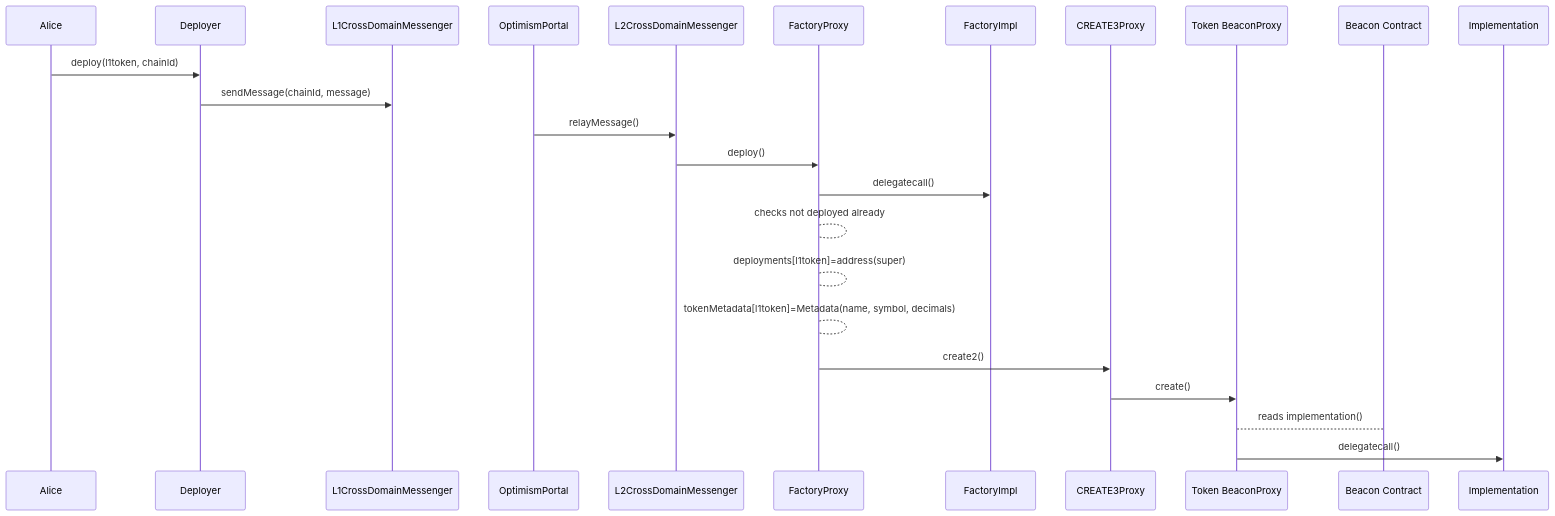
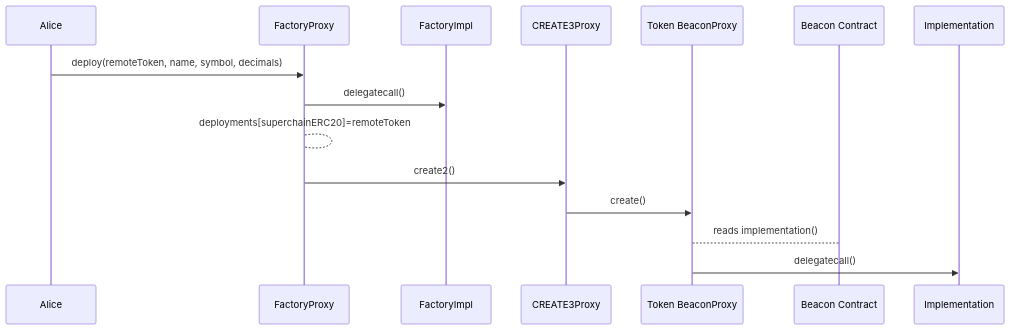
Before and after one commit to ethereum-optimism/design-docs: the diagram in protocol/superchainerc20/L1-native-factory.md, drawn with Mermaid. The commit also changed other lines of this file, not shown here.

````diff
--- a/protocol/superchainerc20/L1-native-factory.md
+++ b/protocol/superchainerc20/L1-native-factory.md
@@ -231,27 +142,18 @@
 ```mermaid
 sequenceDiagram
   participant Alice
-  participant Deployer
-  participant Messenger_A as L1CrossDomainMessenger
-  participant Inbox as OptimismPortal
-  participant Messenger_B as L2CrossDomainMessenger
   participant FactoryProxy
   participant FactoryImpl
   participant CREATE3Proxy
   participant Token BeaconProxy
   participant Beacon Contract
   participant Implementation
 
-  Alice->>Deployer: deploy(l1token, chainId)
-  Deployer->>Messenger_A: sendMessage(chainId, message)
-  Inbox->>Messenger_B: relayMessage()
-  Messenger_B->>FactoryProxy: deploy()
+  Alice->>FactoryProxy: deploy(remoteToken, name, symbol, decimals)
   FactoryProxy->>FactoryImpl: delegatecall()
-  FactoryProxy-->FactoryProxy: checks not deployed already
-  FactoryProxy-->FactoryProxy: deployments[l1token]=address(super)
-  FactoryProxy-->FactoryProxy: tokenMetadata[l1token]=Metadata(name, symbol, decimals)
+  FactoryProxy-->FactoryProxy: deployments[superchainERC20]=remoteToken
   FactoryProxy->>CREATE3Proxy: create2()
   CREATE3Proxy->>Token BeaconProxy: create()
   Token BeaconProxy-->Beacon Contract: reads implementation()
   Token BeaconProxy->>Implementation: delegatecall()
 ```
````
